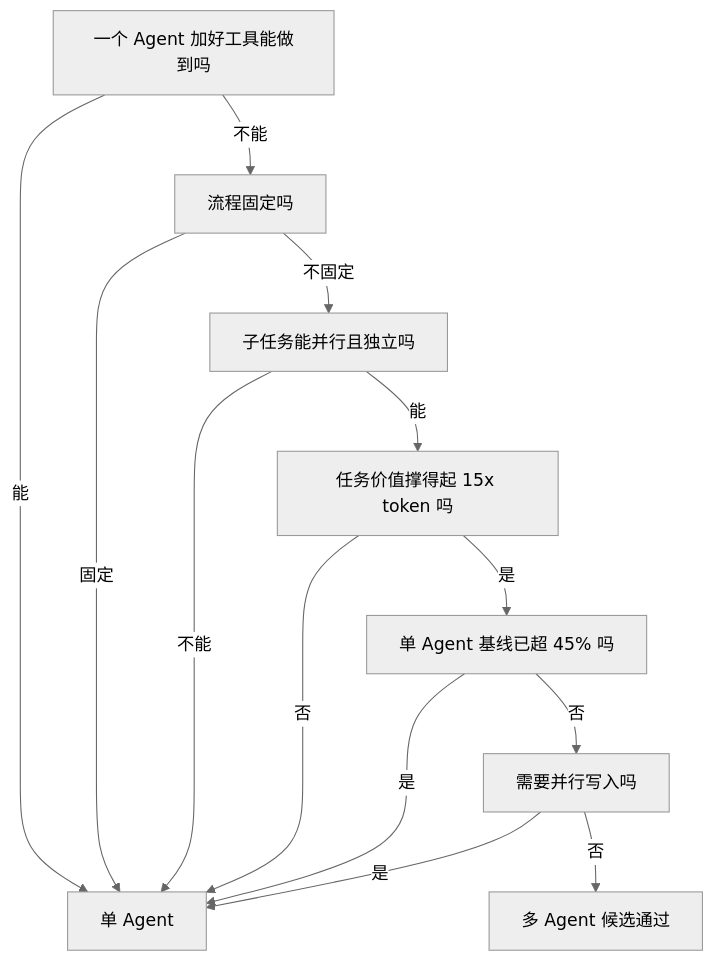
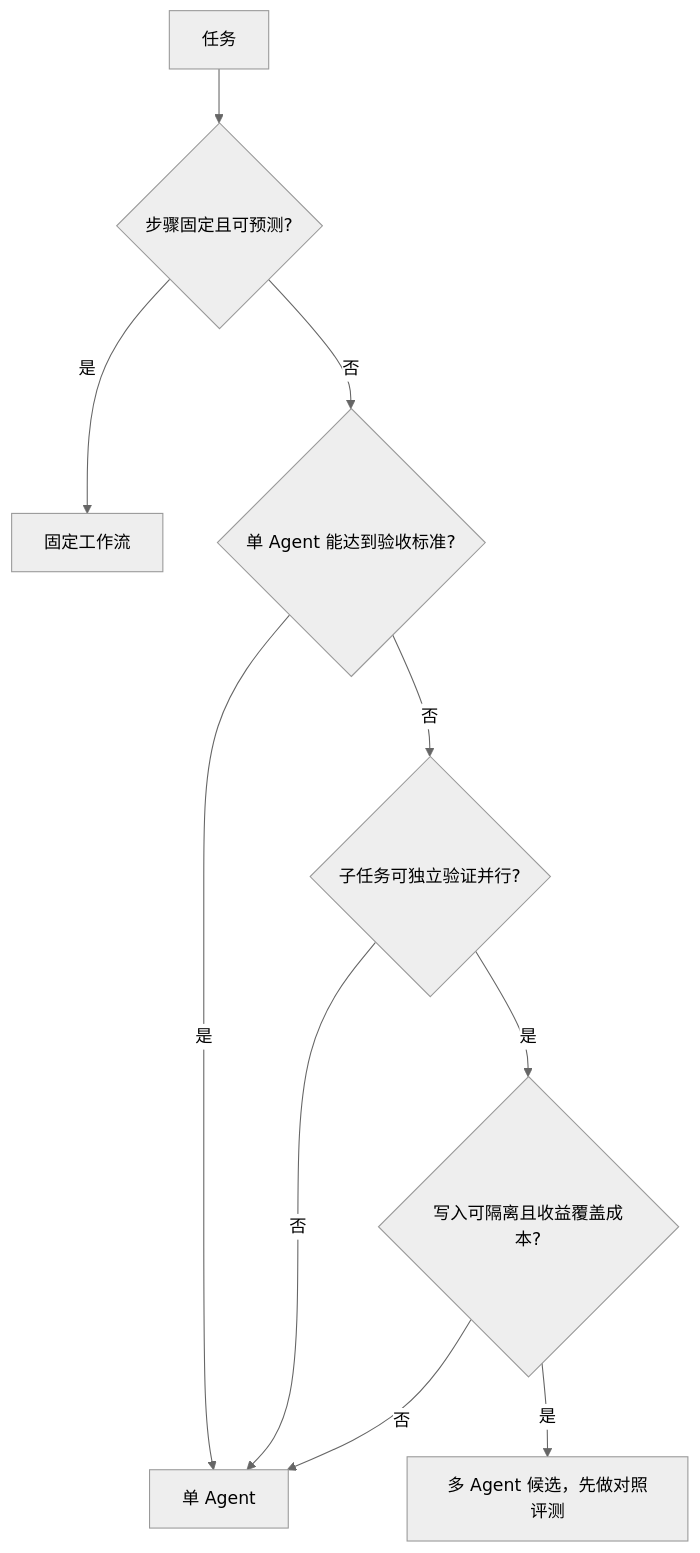
One commit to Shyu-x/frontend-interview changed the diagram in docs/agent/multi/single-vs-multi-agent.md. Above: the diagram before and after it, drawn with Mermaid (neutral theme). The commit also changed other lines of this file and 46 other files, not shown here.

````diff
--- a/docs/agent/multi/single-vs-multi-agent.md
+++ b/docs/agent/multi/single-vs-multi-agent.md
@@ -975,15 +22,12 @@
 ```mermaid
 flowchart TD
-  A["一个 Agent 加好工具能做到吗"] -->|"能"| B["单 Agent"]
-  A -->|"不能"| C["流程固定吗"]
-  C -->|"固定"| B
-  C -->|"不固定"| D["子任务能并行且独立吗"]
-  D -->|"不能"| B
-  D -->|"能"| E["任务价值撑得起 15x token 吗"]
-  E -->|"否"| B
-  E -->|"是"| F["单 Agent 基线已超 45% 吗"]
-  F -->|"是"| B
-  F -->|"否"| G["需要并行写入吗"]
-  G -->|"是"| B
-  G -->|"否"| H["多 Agent 候选通过"]
+  A[任务] --> B{步骤固定且可预测?}
+  B -->|是| C[固定工作流]
+  B -->|否| D{单 Agent 能达到验收标准?}
+  D -->|是| E[单 Agent]
+  D -->|否| F{子任务可独立验证并行?}
+  F -->|否| E
+  F -->|是| G{写入可隔离且收益覆盖成本?}
+  G -->|否| E
+  G -->|是| H[多 Agent 候选，先做对照评测]
 ```
````
